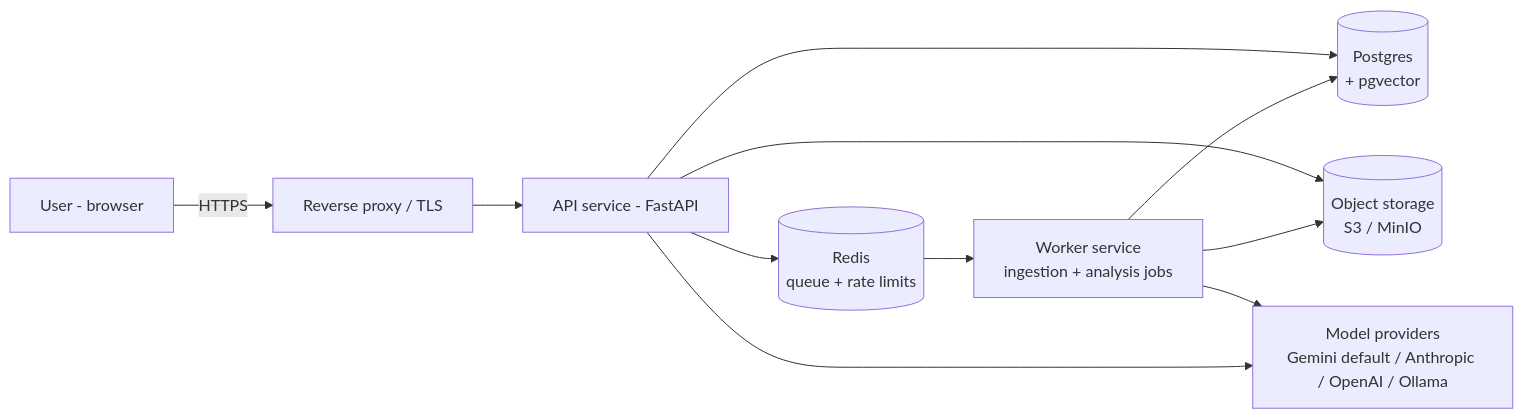
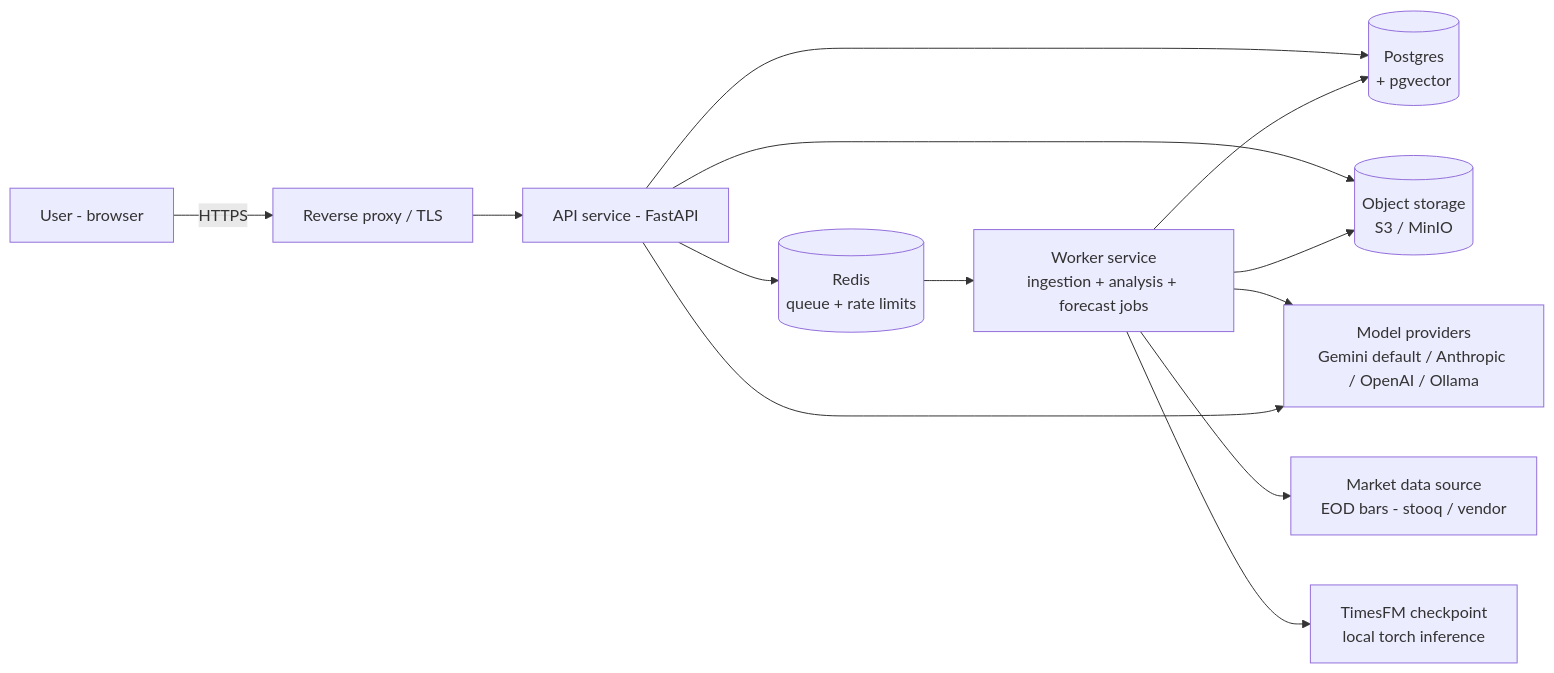
The first of 4 diagrams in ARCHITECTURE.md (n704/ai-financial-analyzer), drawn with Mermaid before and after one commit. The commit also changed other lines of this file and 3 other files, not shown here.

First line of the commit message:
feat: add market forecasting capabilities using TimesFM

````diff
--- a/ARCHITECTURE.md
+++ b/ARCHITECTURE.md
@@ -9,13 +9,15 @@
 ```mermaid
 flowchart LR
     U[User - browser] -->|HTTPS| LB[Reverse proxy / TLS]
     LB --> API[API service - FastAPI]
     API --> PG[(Postgres\n+ pgvector)]
     API --> RD[(Redis\nqueue + rate limits)]
     API --> S3[(Object storage\nS3 / MinIO)]
-    RD --> W[Worker service\ningestion + analysis jobs]
+    RD --> W[Worker service\ningestion + analysis + forecast jobs]
     W --> PG
     W --> S3
     W --> EXT[Model providers\nGemini default / Anthropic / OpenAI / Ollama]
+    W --> MD[Market data source\nEOD bars - stooq / vendor]
+    W --> TFM[TimesFM checkpoint\nlocal torch inference]
     API --> EXT
 ```
````
